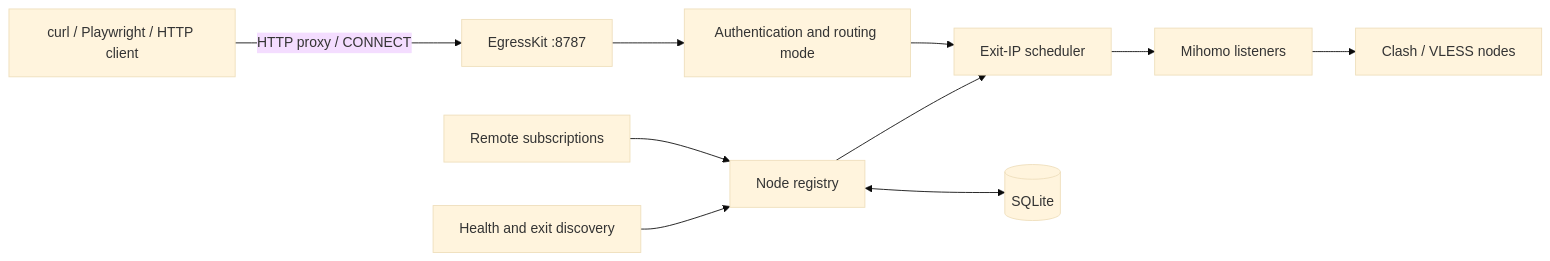
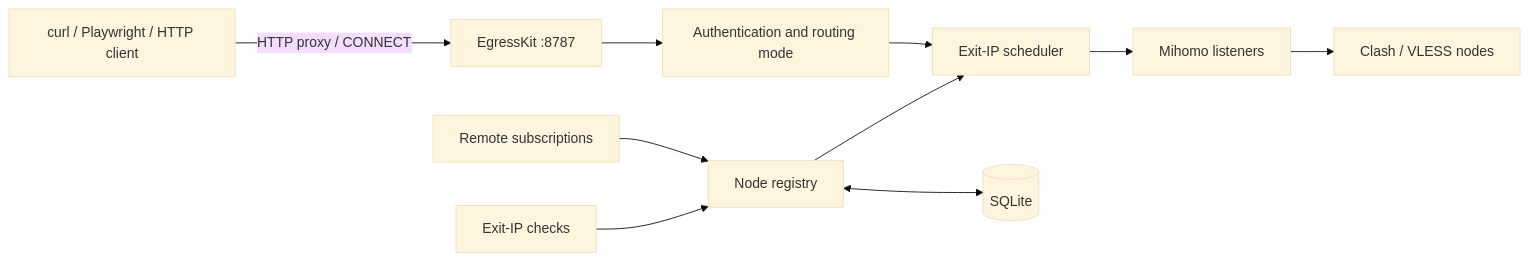
One commit to heyjunpenn/EgressKit changed the first of 2 diagrams in README_EN.md. Above: the diagram before and after it, drawn with Mermaid (base theme). The commit also changed other lines of this file and 21 other files, not shown here.

````diff
--- a/README_EN.md
+++ b/README_EN.md
@@ -128,12 +128,12 @@
 ```mermaid
 flowchart LR
     client["curl / Playwright / HTTP client"] -->|"HTTP proxy / CONNECT"| gateway["EgressKit :8787"]
     gateway --> auth["Authentication and routing mode"]
     auth --> scheduler["Exit-IP scheduler"]
     scheduler --> listeners["Mihomo listeners"]
     listeners --> nodes["Clash / VLESS nodes"]
     subscriptions["Remote subscriptions"] --> registry["Node registry"]
-    health["Health and exit discovery"] --> registry
+    health["Exit-IP checks"] --> registry
     registry --> scheduler
     registry <--> sqlite[("SQLite")]
 ```
````
